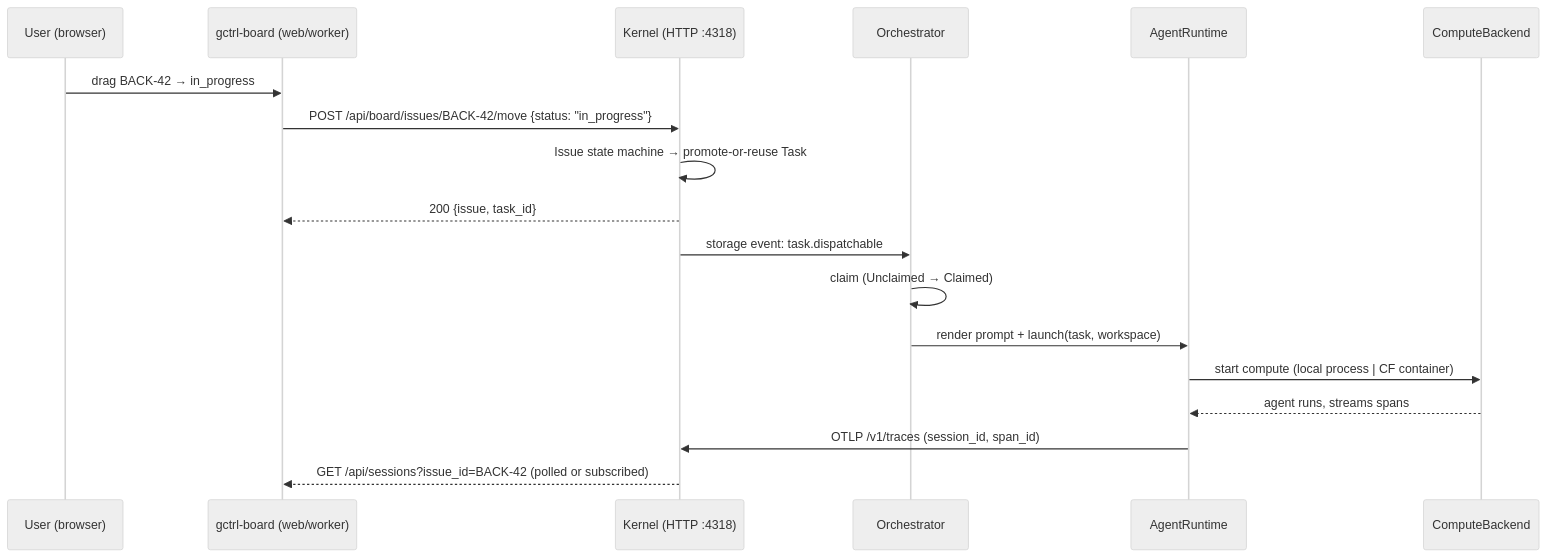
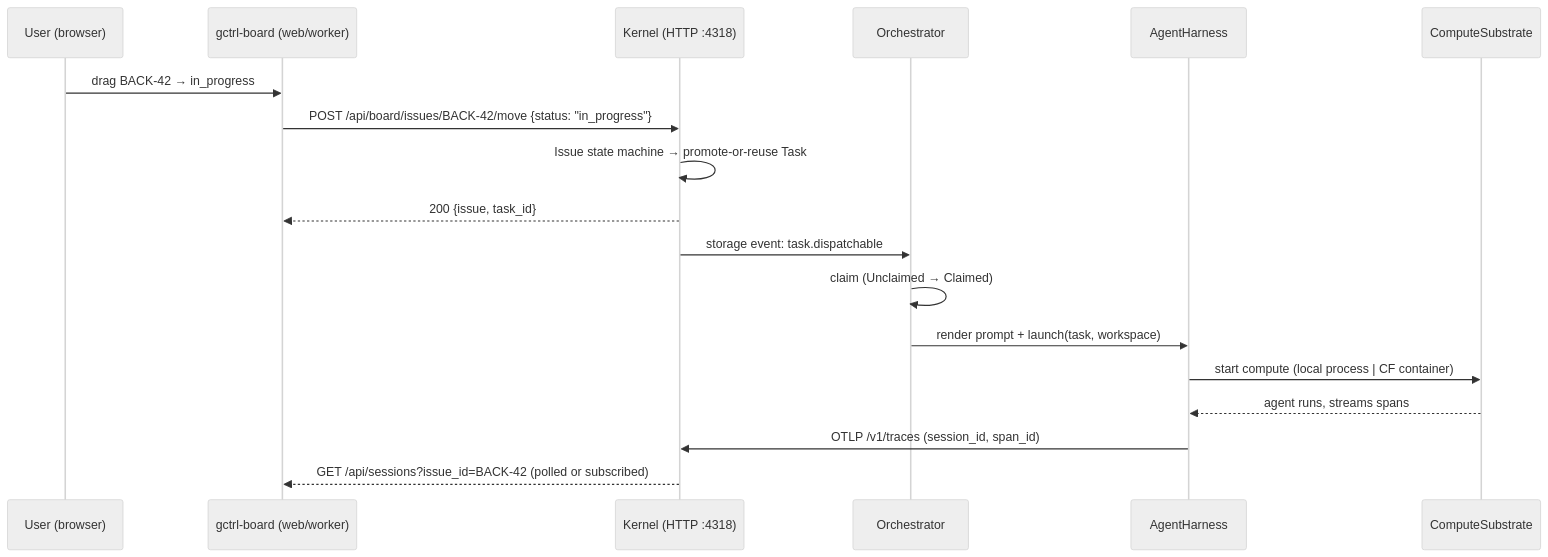
One commit to OpenHackersClub/gctrl changed the diagram in vault/specs/architecture/session-trigger-from-board.md. Above: the diagram before and after it, drawn with Mermaid (neutral theme). The commit also changed other lines of this file and 17 other files, not shown here.

First line of the commit message:
docs(specs): AgentHarness × ComputeSubstrate decoupling — kernel ports + Lean 4 proofs (#113)

````diff
--- a/vault/specs/architecture/session-trigger-from-board.md
+++ b/vault/specs/architecture/session-trigger-from-board.md
@@ -35,21 +38,21 @@
 ```mermaid
 sequenceDiagram
     participant U as User (browser)
     participant B as gctrl-board (web/worker)
     participant K as Kernel (HTTP :4318)
     participant O as Orchestrator
-    participant R as AgentRuntime
-    participant C as ComputeBackend
+    participant R as AgentHarness
+    participant C as ComputeSubstrate
 
     U->>B: drag BACK-42 → in_progress
     B->>K: POST /api/board/issues/BACK-42/move {status: "in_progress"}
     K->>K: Issue state machine → promote-or-reuse Task
     K-->>B: 200 {issue, task_id}
     K->>O: storage event: task.dispatchable
     O->>O: claim (Unclaimed → Claimed)
     O->>R: render prompt + launch(task, workspace)
     R->>C: start compute (local process | CF container)
     C-->>R: agent runs, streams spans
     R->>K: OTLP /v1/traces (session_id, span_id)
     K-->>B: GET /api/sessions?issue_id=BACK-42 (polled or subscribed)
 ```
````
